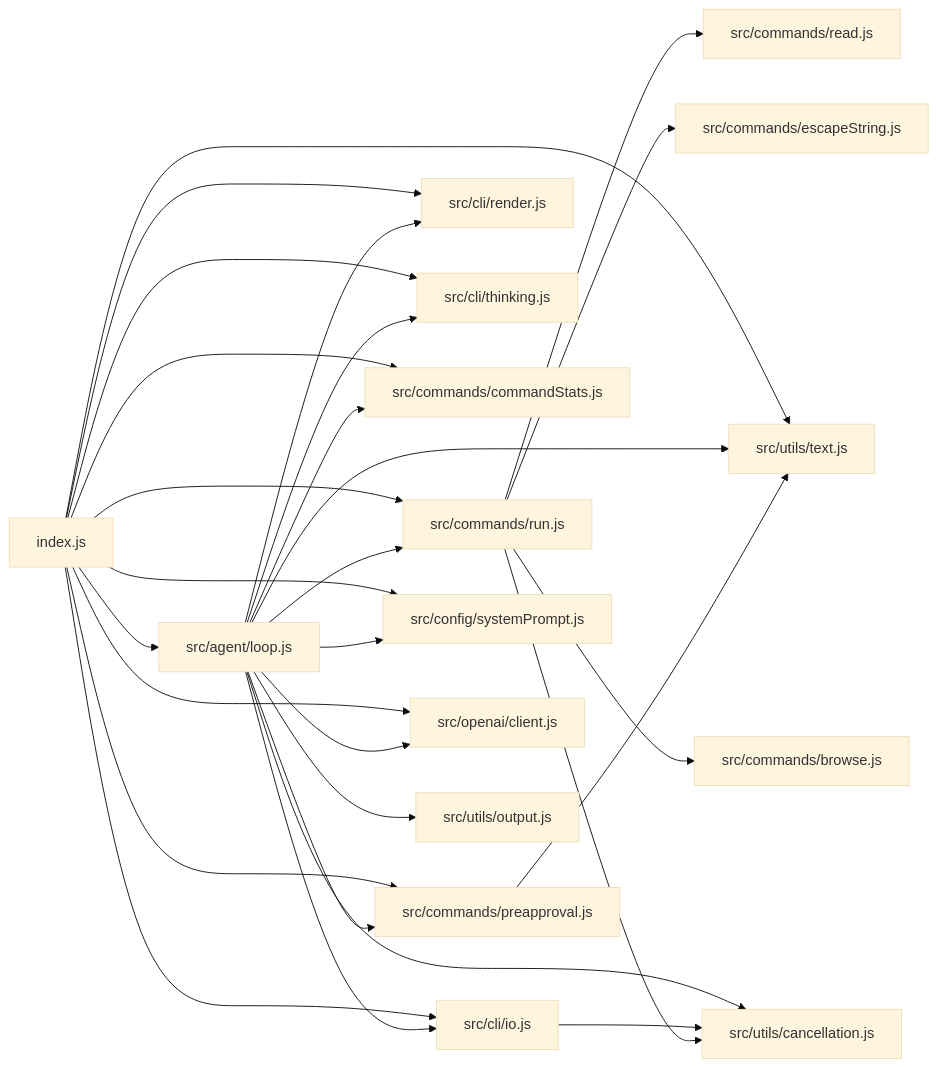
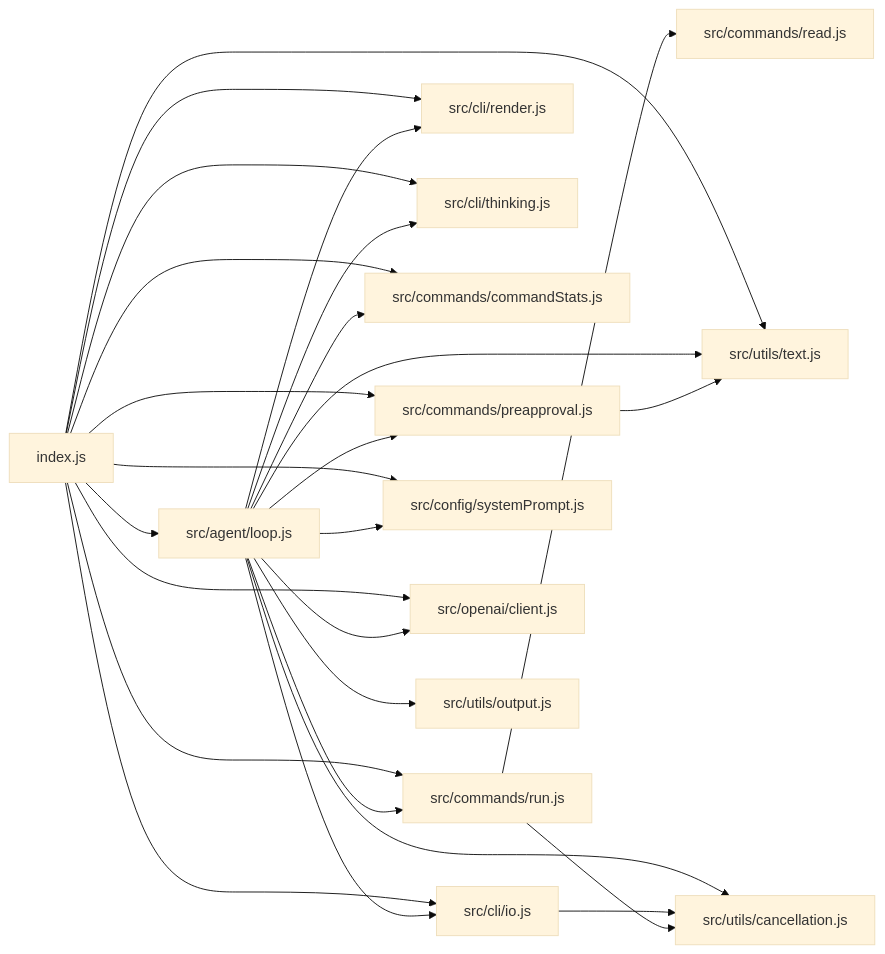
The diagram in docs/js-dependency-graph.md (asynkron/OpenAgent), drawn with Mermaid (base theme) before and after one commit. The commit also changed 27 other files, not shown here.

Commit message:
Remove deprecated browse and string escape built-ins

````diff
--- a/docs/js-dependency-graph.md
+++ b/docs/js-dependency-graph.md
@@ -5,30 +5,28 @@
 ```mermaid
 graph LR
   index_js["index.js"] --> src_agent_loop_js["src/agent/loop.js"]
   index_js --> src_cli_io_js["src/cli/io.js"]
   index_js --> src_cli_render_js["src/cli/render.js"]
   index_js --> src_cli_thinking_js["src/cli/thinking.js"]
   index_js --> src_commands_commandStats_js["src/commands/commandStats.js"]
   index_js --> src_commands_preapproval_js["src/commands/preapproval.js"]
   index_js --> src_commands_run_js["src/commands/run.js"]
   index_js --> src_config_systemPrompt_js["src/config/systemPrompt.js"]
   index_js --> src_openai_client_js["src/openai/client.js"]
   index_js --> src_utils_text_js["src/utils/text.js"]
   src_agent_loop_js --> src_cli_io_js
   src_agent_loop_js --> src_cli_render_js
   src_agent_loop_js --> src_cli_thinking_js
   src_agent_loop_js --> src_commands_commandStats_js
   src_agent_loop_js --> src_commands_preapproval_js
   src_agent_loop_js --> src_commands_run_js
   src_agent_loop_js --> src_config_systemPrompt_js
   src_agent_loop_js --> src_openai_client_js
   src_agent_loop_js --> src_utils_cancellation_js["src/utils/cancellation.js"]
   src_agent_loop_js --> src_utils_output_js["src/utils/output.js"]
   src_agent_loop_js --> src_utils_text_js
   src_cli_io_js --> src_utils_cancellation_js
   src_commands_preapproval_js --> src_utils_text_js
-  src_commands_run_js --> src_commands_browse_js["src/commands/browse.js"]
-  src_commands_run_js --> src_commands_escapeString_js["src/commands/escapeString.js"]
   src_commands_run_js --> src_commands_read_js["src/commands/read.js"]
   src_commands_run_js --> src_utils_cancellation_js
 ```
````
